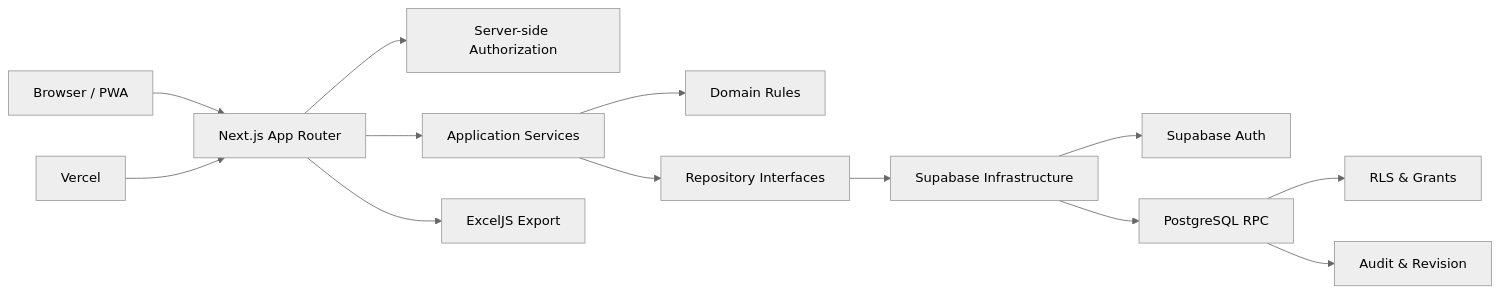
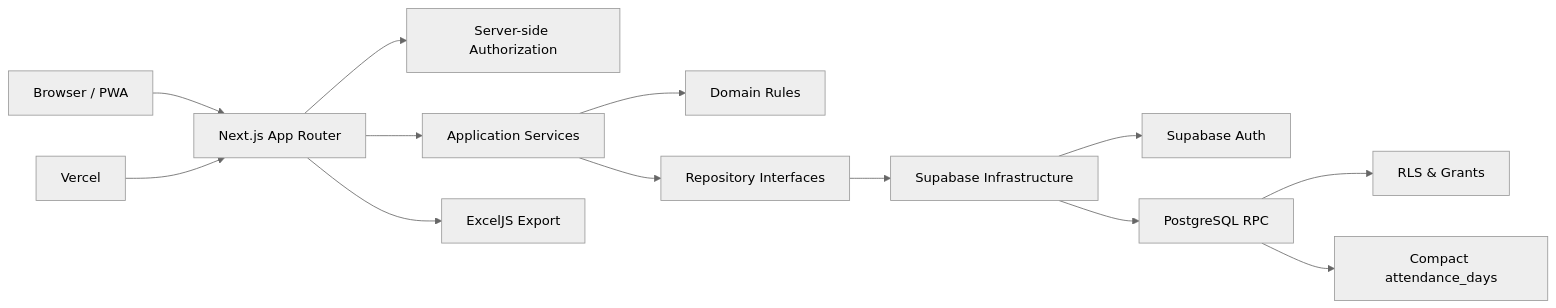
The first of 3 diagrams in README.md (niceswan-smansa/SIPEKA_2.0), drawn with Mermaid (neutral theme) before and after one commit. The commit also changed other lines of this file and 67 other files, not shown here.

Commit message:
refactor: compact attendance storage and remove history

````diff
--- a/README.md
+++ b/README.md
@@ -150,15 +150,15 @@
 ```mermaid
 flowchart LR
     Browser["Browser / PWA"] --> App["Next.js App Router"]
     App --> Guard["Server-side Authorization"]
     App --> Service["Application Services"]
     Service --> Domain["Domain Rules"]
     Service --> Repo["Repository Interfaces"]
     Repo --> Infra["Supabase Infrastructure"]
     Infra --> Auth["Supabase Auth"]
     Infra --> RPC["PostgreSQL RPC"]
     RPC --> RLS["RLS & Grants"]
-    RPC --> Audit["Audit & Revision"]
+    RPC --> Attendance["Compact attendance_days"]
     App --> Excel["ExcelJS Export"]
     Vercel["Vercel"] --> App
 ```
````
